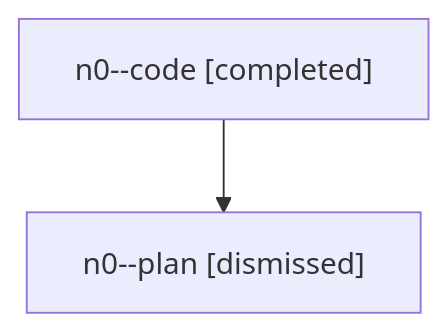
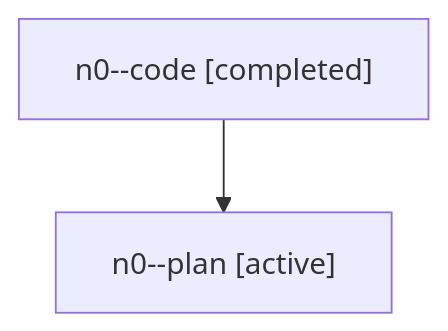
The diagram in families/bbugyi200.athena.n0.md (sase-org/sase--agents), drawn with Mermaid before and after one commit. The commit also changed other lines of this file and 5813 other files, not shown here.

````diff
--- a/families/bbugyi200.athena.n0.md
+++ b/families/bbugyi200.athena.n0.md
@@ -9,6 +9,6 @@
 ```mermaid
 flowchart TD
   n0["n0--code [completed]"]
-  n1["n0--plan [dismissed]"]
+  n1["n0--plan [active]"]
   n0 --> n1
 ```
````
